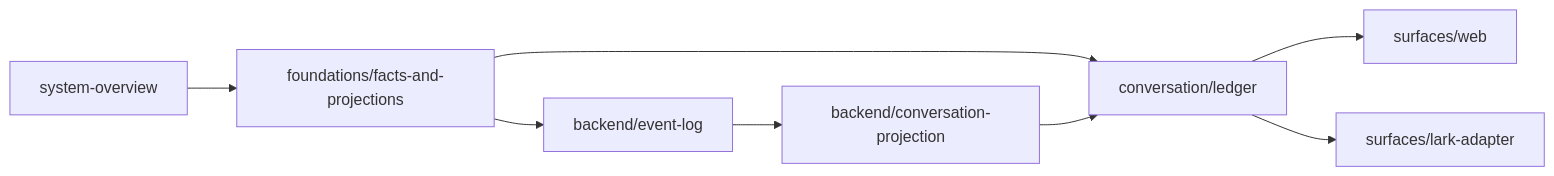
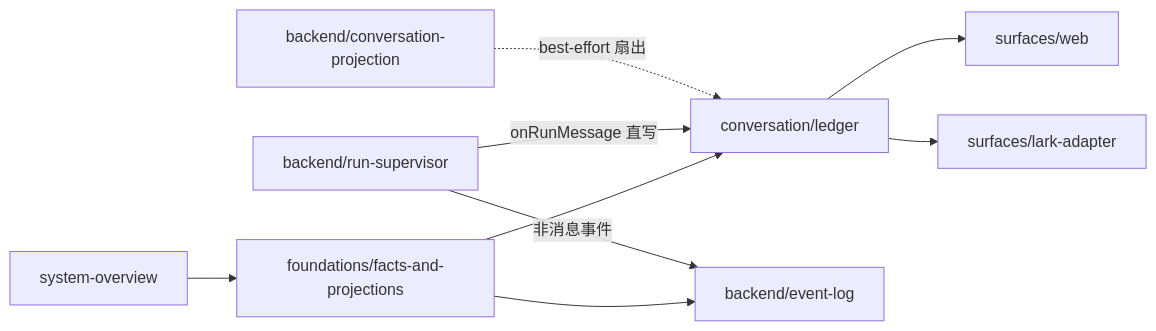
One commit to Chengchcc/my-agent-team changed the first of 3 diagrams in docs/architecture/map.md. Above: the diagram before and after it, drawn with Mermaid. The commit also changed other lines of this file and 21 other files, not shown here.

First line of the commit message:
docs(docs): sync arch wiki to onRunMessage model, add Issue/Orchestrator pages

````diff
--- a/docs/architecture/map.md
+++ b/docs/architecture/map.md
@@ -7,10 +7,11 @@
 ```mermaid
 flowchart LR
   SO[system-overview] --> FP[foundations/facts-and-projections]
   FP --> Ledger[conversation/ledger]
   FP --> EL[backend/event-log]
-  EL --> CP[backend/conversation-projection]
-  CP --> Ledger
+  RS[backend/run-supervisor] -->|onRunMessage 直写| Ledger
+  RS -->|非消息事件| EL
+  CP[backend/conversation-projection] -.best-effort 扇出.-> Ledger
   Ledger --> Web[surfaces/web]
   Ledger --> Lark[surfaces/lark-adapter]
 ```
````
